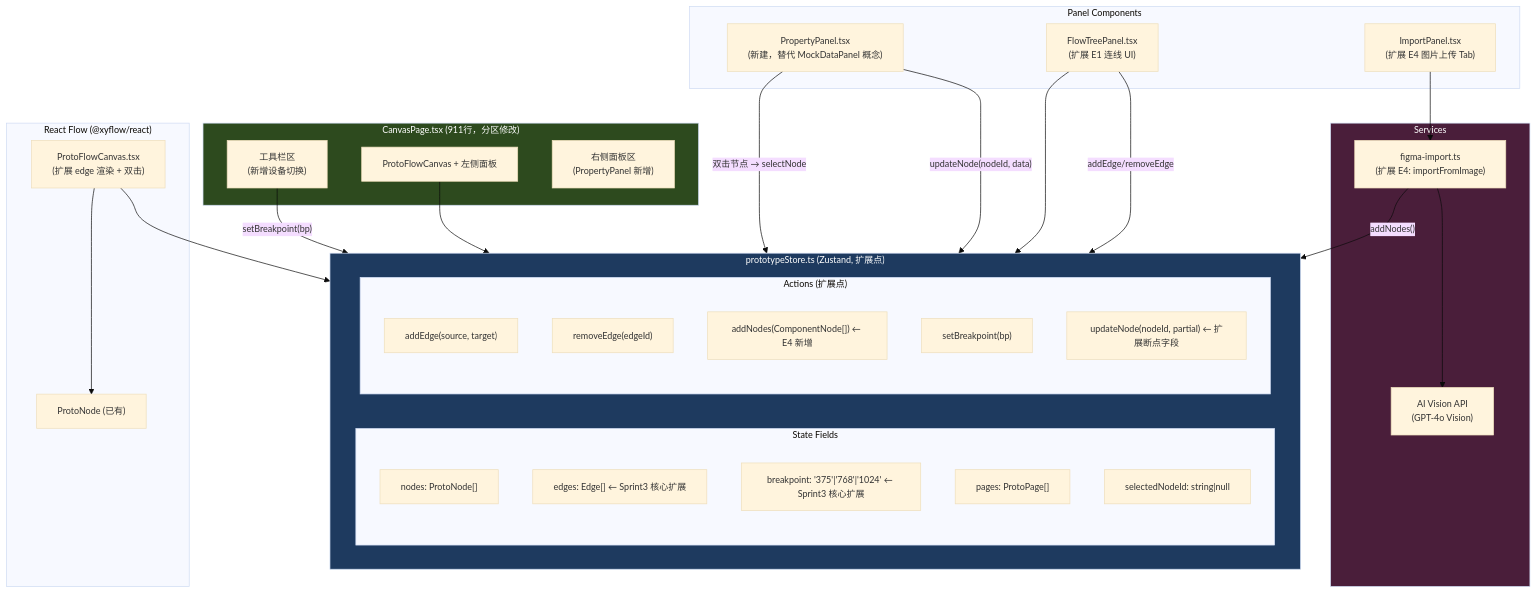
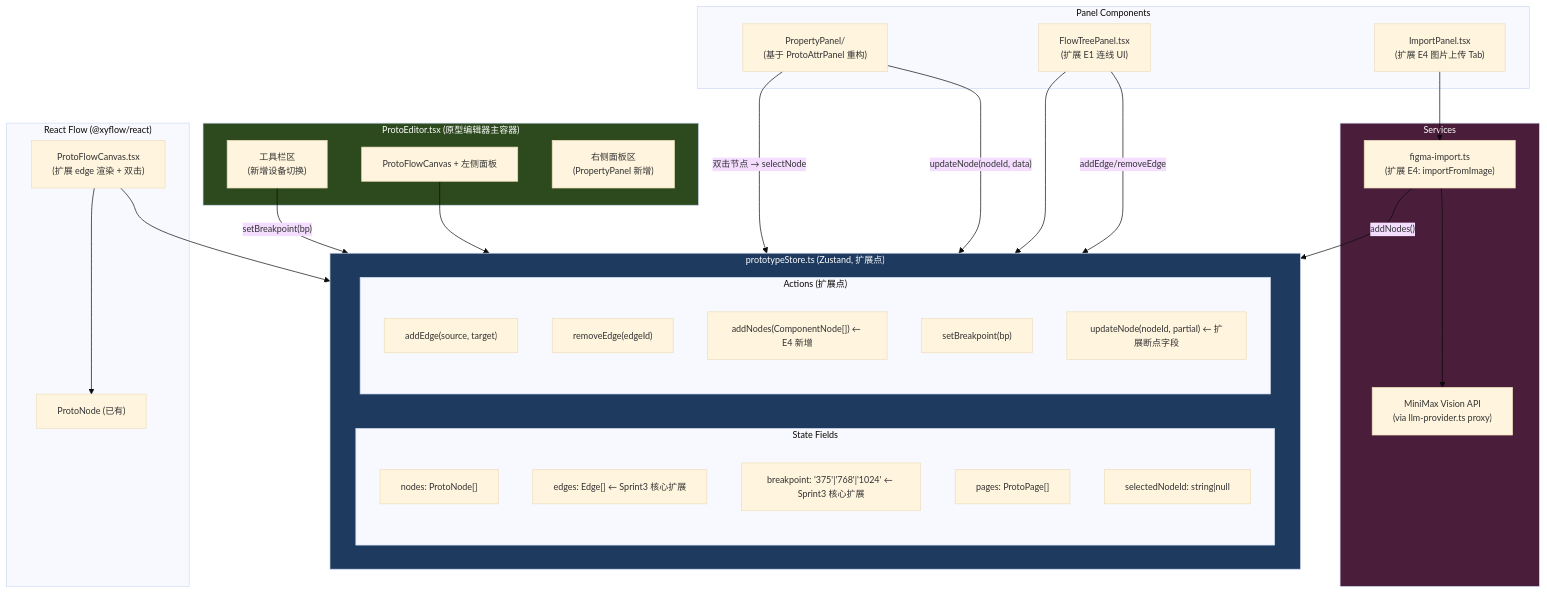
Before and after one commit to MMXC/vibex: the first of 3 diagrams in docs/vibex-sprint3-prototype-extend/architecture.md, drawn with Mermaid. The commit also changed other lines of this file and 1 other file, not shown here.

Commit message:
docs(sprint3): E4 使用 MiniMax（复用 llm-provider.ts）+ 修正文件名引用

````diff
--- a/docs/vibex-sprint3-prototype-extend/architecture.md
+++ b/docs/vibex-sprint3-prototype-extend/architecture.md
@@ -52,59 +52,59 @@
 ```mermaid
 %%{ init: { "theme": "base", "themeVariables": { "fontSize": "13px" } } }%%
 flowchart TB
-    subgraph CanvasPage["CanvasPage.tsx (911行，分区修改)"]
+    subgraph ProtoEditor["ProtoEditor.tsx (原型编辑器主容器)"]
         Toolbar["工具栏区<br/>(新增设备切换)"]
         Canvas["ProtoFlowCanvas + 左侧面板"]
         RightPanel["右侧面板区<br/>(PropertyPanel 新增)"]
     end
 
     subgraph prototypeStore["prototypeStore.ts (Zustand, 扩展点)"]
         subgraph State["State Fields"]
             N["nodes: ProtoNode[]"]
             E["edges: Edge[] ← Sprint3 核心扩展"]
             BP["breakpoint: '375'|'768'|'1024' ← Sprint3 核心扩展"]
             Pages["pages: ProtoPage[]"]
             Sel["selectedNodeId: string|null"]
         end
         subgraph Actions["Actions (扩展点)"]
             addEdge["addEdge(source, target)"]
             removeEdge["removeEdge(edgeId)"]
             addNodes["addNodes(ComponentNode[]) ← E4 新增"]
             setBreakpoint["setBreakpoint(bp)"]
             updateNode["updateNode(nodeId, partial) ← 扩展断点字段"]
         end
     end
 
     subgraph Panels["Panel Components"]
         FTP["FlowTreePanel.tsx<br/>(扩展 E1 连线 UI)"]
-        PP["PropertyPanel.tsx<br/>(新建，替代 MockDataPanel 概念)"]
+        PP["PropertyPanel/<br/>(基于 ProtoAttrPanel 重构)"]
         IP["ImportPanel.tsx<br/>(扩展 E4 图片上传 Tab)"]
     end
 
     subgraph Services["Services"]
         FI["figma-import.ts<br/>(扩展 E4: importFromImage)"]
-        AI["AI Vision API<br/>(GPT-4o Vision)"]
+        AI["MiniMax Vision API<br/>(via llm-provider.ts proxy)"]
     end
 
     subgraph ReactFlow["React Flow (@xyflow/react)"]
         PFC["ProtoFlowCanvas.tsx<br/>(扩展 edge 渲染 + 双击)"]
         ProtoNode["ProtoNode (已有)"]
     end
 
     %% Relationships
     Toolbar -->|"setBreakpoint(bp)"| prototypeStore
     Canvas --> prototypeStore
     PP -->|"双击节点 → selectNode"| prototypeStore
     PP -->|"updateNode(nodeId, data)"| prototypeStore
     FTP --> prototypeStore
     FTP -->|"addEdge/removeEdge"| prototypeStore
     IP --> FI
     FI --> AI
     FI -->|"addNodes()"| prototypeStore
     PFC --> prototypeStore
     PFC --> ProtoNode
 
     style prototypeStore fill:#1e3a5f,color:#fff
-    style CanvasPage fill:#2d4a1e,color:#fff
+    style ProtoEditor fill:#2d4a1e,color:#fff
     style Services fill:#4a1e3a,color:#fff
 ```
````
